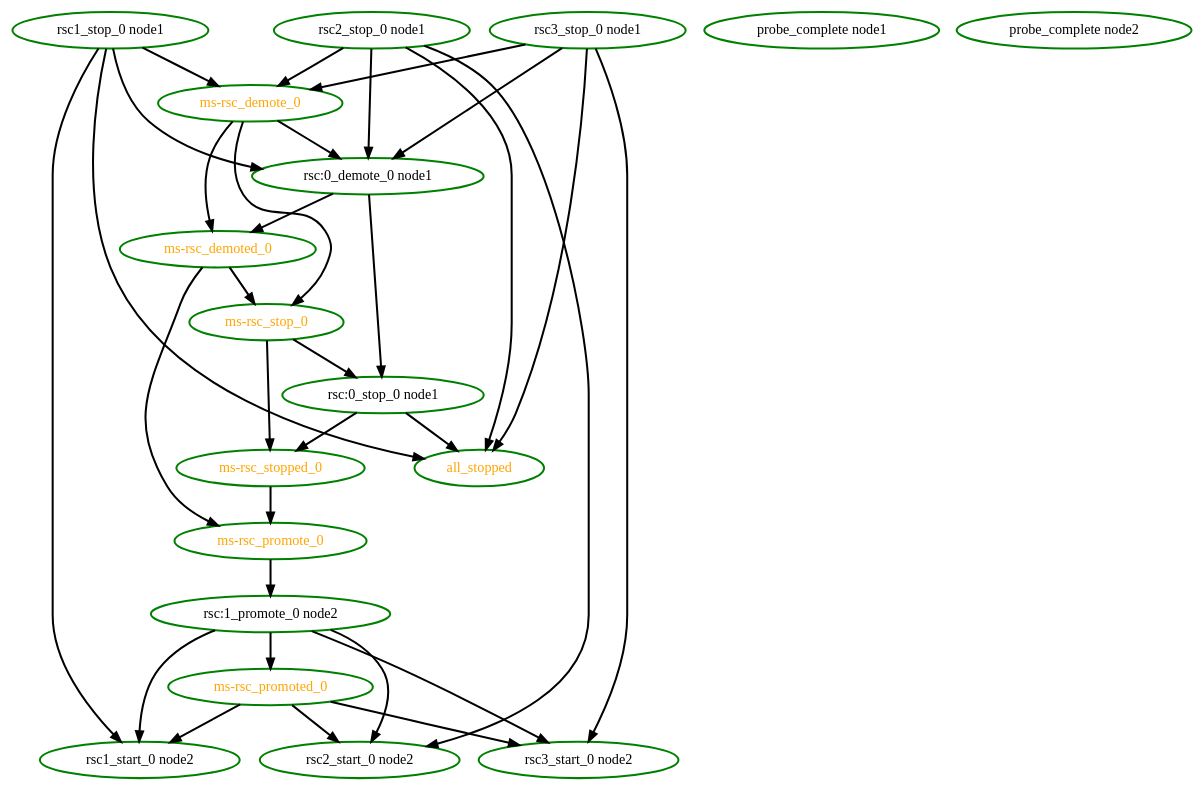
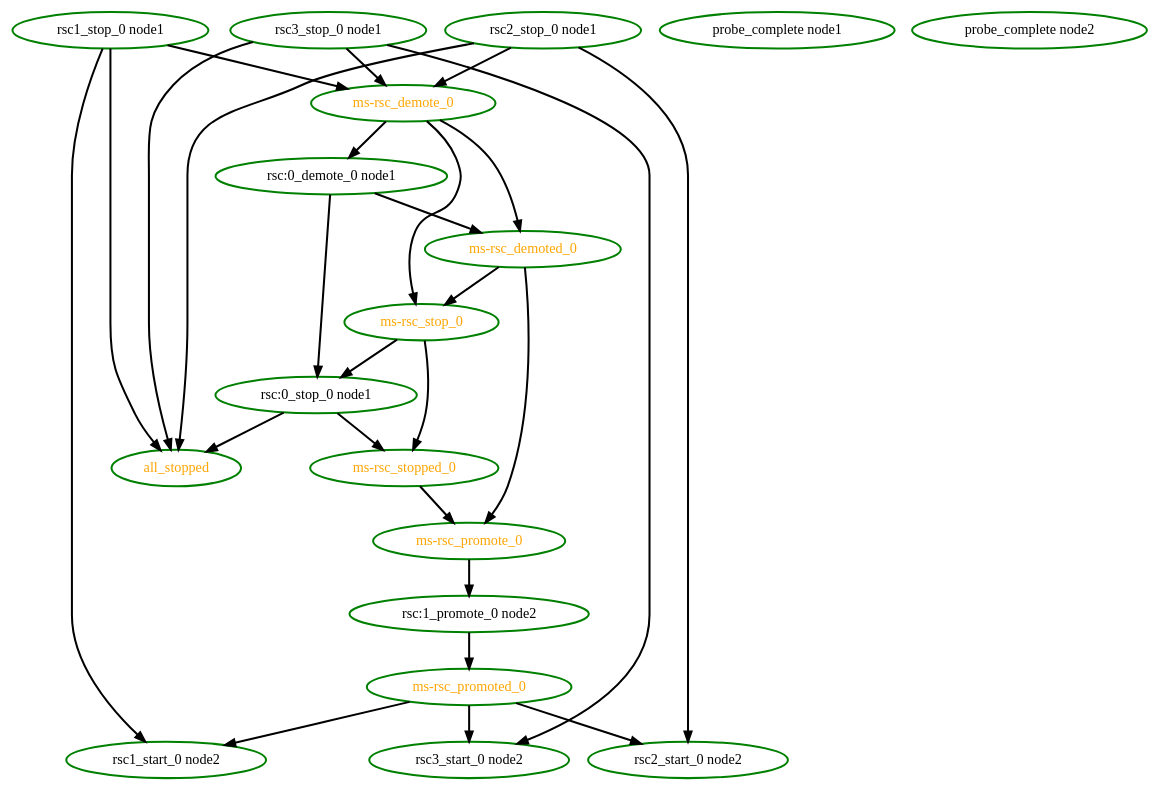
Before and after one commit to ClusterLabs/pacemaker: the diagram in pengine/test10/rsc-sets-master.dot, drawn with Graphviz. The commit also changed 115 other files, not shown here.

```diff
--- a/pengine/test10/rsc-sets-master.dot
+++ b/pengine/test10/rsc-sets-master.dot
@@ -1,52 +1,46 @@
 digraph "g" {
 "all_stopped" [ style=bold color="green" fontcolor="orange"  ]
 "ms-rsc_demote_0" -> "ms-rsc_demoted_0" [ style = bold]
 "ms-rsc_demote_0" -> "ms-rsc_stop_0" [ style = bold]
 "ms-rsc_demote_0" -> "rsc:0_demote_0 node1" [ style = bold]
 "ms-rsc_demote_0" [ style=bold color="green" fontcolor="orange"  ]
 "ms-rsc_demoted_0" -> "ms-rsc_promote_0" [ style = bold]
 "ms-rsc_demoted_0" -> "ms-rsc_stop_0" [ style = bold]
 "ms-rsc_demoted_0" [ style=bold color="green" fontcolor="orange"  ]
 "ms-rsc_promote_0" -> "rsc:1_promote_0 node2" [ style = bold]
 "ms-rsc_promote_0" [ style=bold color="green" fontcolor="orange"  ]
 "ms-rsc_promoted_0" -> "rsc1_start_0 node2" [ style = bold]
 "ms-rsc_promoted_0" -> "rsc2_start_0 node2" [ style = bold]
 "ms-rsc_promoted_0" -> "rsc3_start_0 node2" [ style = bold]
 "ms-rsc_promoted_0" [ style=bold color="green" fontcolor="orange"  ]
 "ms-rsc_stop_0" -> "ms-rsc_stopped_0" [ style = bold]
 "ms-rsc_stop_0" -> "rsc:0_stop_0 node1" [ style = bold]
 "ms-rsc_stop_0" [ style=bold color="green" fontcolor="orange"  ]
 "ms-rsc_stopped_0" -> "ms-rsc_promote_0" [ style = bold]
 "ms-rsc_stopped_0" [ style=bold color="green" fontcolor="orange"  ]
 "probe_complete node1" [ style=bold color="green" fontcolor="black"  ]
 "probe_complete node2" [ style=bold color="green" fontcolor="black"  ]
 "rsc1_start_0 node2" [ style=bold color="green" fontcolor="black"  ]
 "rsc1_stop_0 node1" -> "all_stopped" [ style = bold]
 "rsc1_stop_0 node1" -> "ms-rsc_demote_0" [ style = bold]
 "rsc1_stop_0 node1" -> "rsc1_start_0 node2" [ style = bold]
-"rsc1_stop_0 node1" -> "rsc:0_demote_0 node1" [ style = bold]
 "rsc1_stop_0 node1" [ style=bold color="green" fontcolor="black"  ]
 "rsc2_start_0 node2" [ style=bold color="green" fontcolor="black"  ]
 "rsc2_stop_0 node1" -> "all_stopped" [ style = bold]
 "rsc2_stop_0 node1" -> "ms-rsc_demote_0" [ style = bold]
 "rsc2_stop_0 node1" -> "rsc2_start_0 node2" [ style = bold]
-"rsc2_stop_0 node1" -> "rsc:0_demote_0 node1" [ style = bold]
 "rsc2_stop_0 node1" [ style=bold color="green" fontcolor="black"  ]
 "rsc3_start_0 node2" [ style=bold color="green" fontcolor="black"  ]
 "rsc3_stop_0 node1" -> "all_stopped" [ style = bold]
 "rsc3_stop_0 node1" -> "ms-rsc_demote_0" [ style = bold]
 "rsc3_stop_0 node1" -> "rsc3_start_0 node2" [ style = bold]
-"rsc3_stop_0 node1" -> "rsc:0_demote_0 node1" [ style = bold]
 "rsc3_stop_0 node1" [ style=bold color="green" fontcolor="black"  ]
 "rsc:0_demote_0 node1" -> "ms-rsc_demoted_0" [ style = bold]
 "rsc:0_demote_0 node1" -> "rsc:0_stop_0 node1" [ style = bold]
 "rsc:0_demote_0 node1" [ style=bold color="green" fontcolor="black"  ]
 "rsc:0_stop_0 node1" -> "all_stopped" [ style = bold]
 "rsc:0_stop_0 node1" -> "ms-rsc_stopped_0" [ style = bold]
 "rsc:0_stop_0 node1" [ style=bold color="green" fontcolor="black"  ]
 "rsc:1_promote_0 node2" -> "ms-rsc_promoted_0" [ style = bold]
-"rsc:1_promote_0 node2" -> "rsc1_start_0 node2" [ style = bold]
-"rsc:1_promote_0 node2" -> "rsc2_start_0 node2" [ style = bold]
-"rsc:1_promote_0 node2" -> "rsc3_start_0 node2" [ style = bold]
 "rsc:1_promote_0 node2" [ style=bold color="green" fontcolor="black"  ]
 }
```
